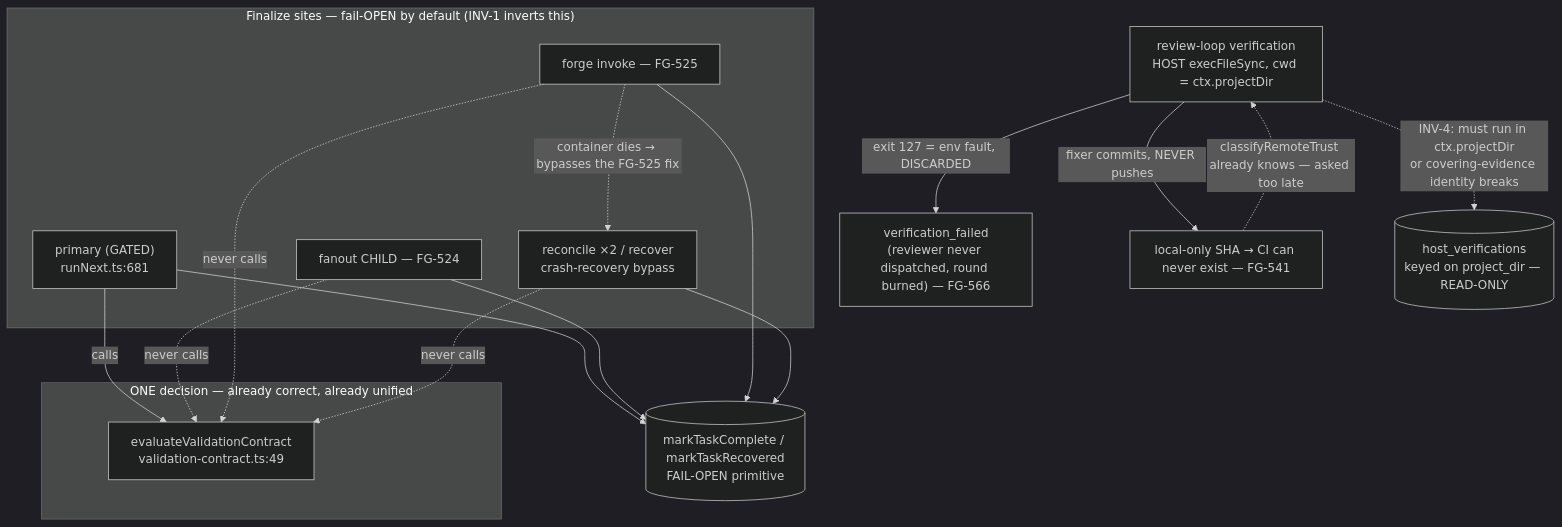
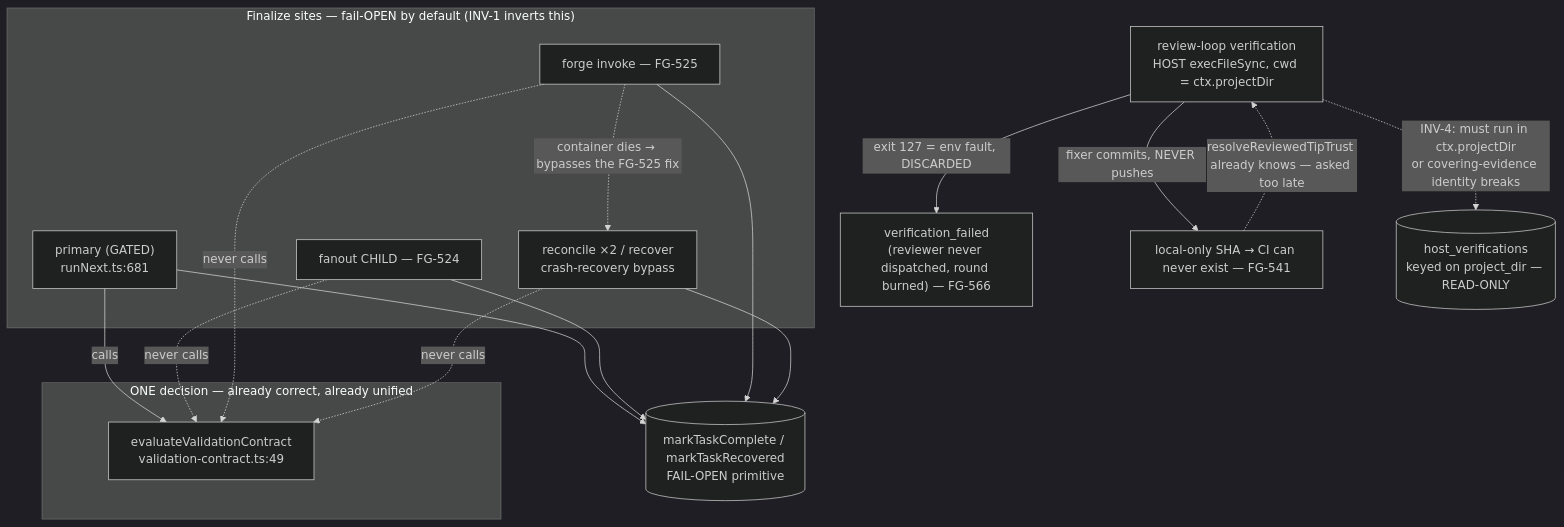
Before and after one commit to stevebargelt/forge: the diagram in docs/prds/review-execution-trust.md, drawn with Mermaid (dark theme). The commit also changed other lines of this file, not shown here.

First line of the commit message:
docs(prd): lane B — full src/cli/commands/review-loop.ts paths + classifyRemoteTrust->resolveReviewedTipTrust

````diff
--- a/docs/prds/review-execution-trust.md
+++ b/docs/prds/review-execution-trust.md
@@ -450,23 +450,23 @@
 ```mermaid
 graph TD
   subgraph Decision["ONE decision — already correct, already unified"]
     EV["evaluateValidationContract<br/>validation-contract.ts:49"]
   end
   subgraph Ungated["Finalize sites — fail-OPEN by default (INV-1 inverts this)"]
     P["primary (GATED)<br/>runNext.ts:681"]
     FC["fanout CHILD — FG-524"]
     IV["forge invoke — FG-525"]
     RC["reconcile ×2 / recover<br/>crash-recovery bypass"]
   end
   P -->|calls| EV
   FC -.->|never calls| EV
   IV -.->|never calls| EV
   RC -.->|never calls| EV
   P & FC & IV & RC --> MTC[("markTaskComplete / markTaskRecovered<br/>FAIL-OPEN primitive")]
   IV -.->|"container dies → bypasses the FG-525 fix"| RC
   RL["review-loop verification<br/>HOST execFileSync, cwd = ctx.projectDir"]
   RL -->|"exit 127 = env fault, DISCARDED"| VF["verification_failed<br/>(reviewer never dispatched, round burned) — FG-566"]
   RL -->|"fixer commits, NEVER pushes"| LO["local-only SHA → CI can never exist — FG-541"]
-  LO -.->|"classifyRemoteTrust already knows — asked too late"| RL
+  LO -.->|"resolveReviewedTipTrust already knows — asked too late"| RL
   RL -.->|"INV-4: must run in ctx.projectDir<br/>or covering-evidence identity breaks"| HV[("host_verifications<br/>keyed on project_dir — READ-ONLY")]
 ```
````
